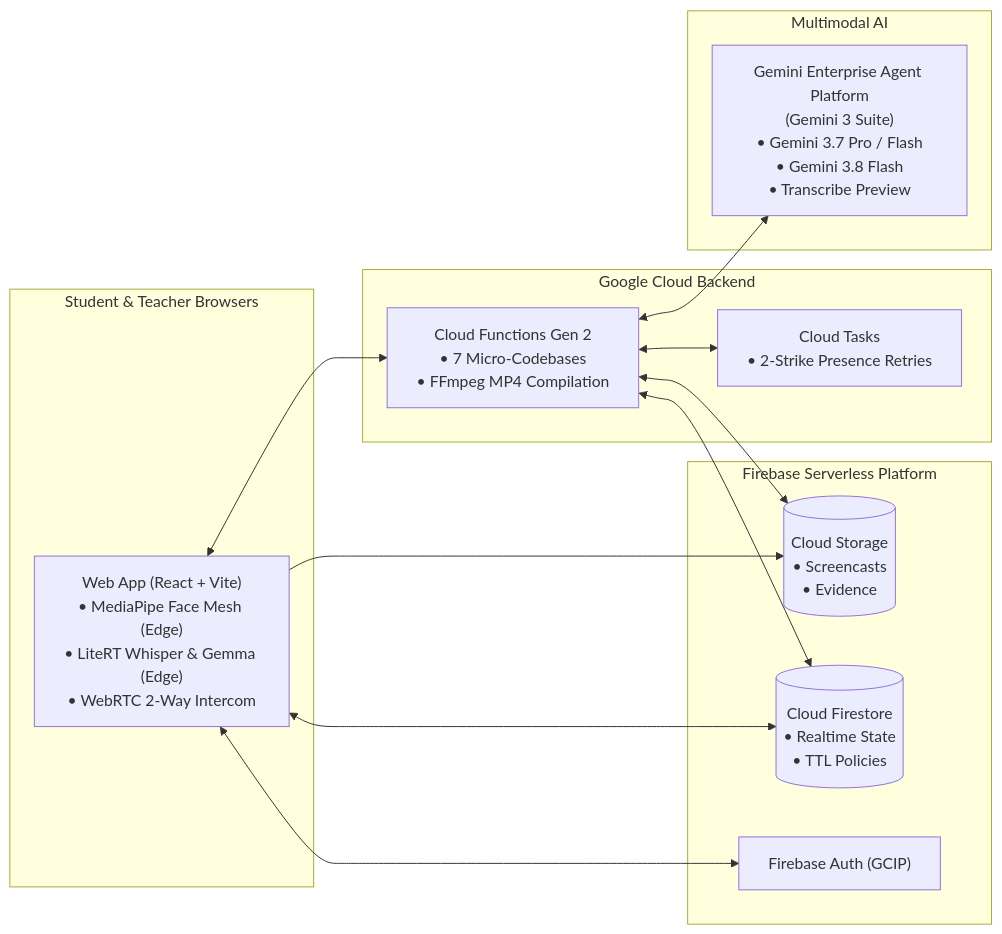
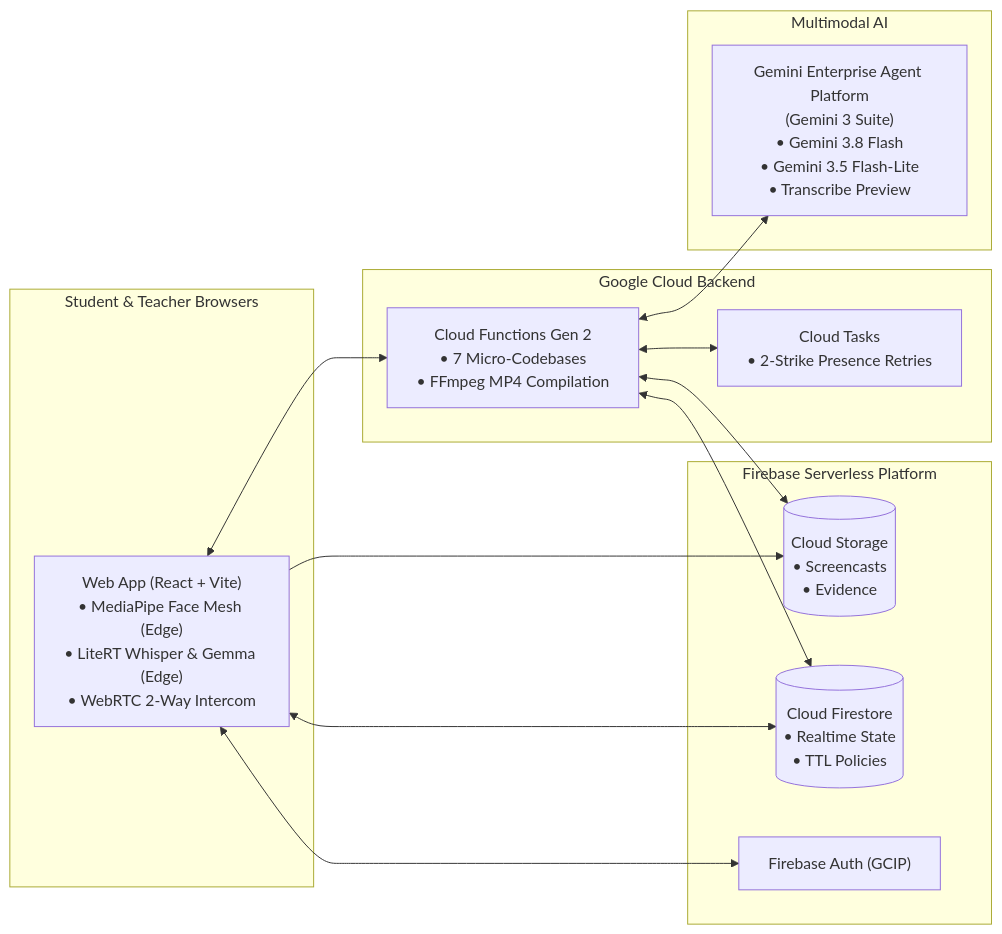
The diagram in README.md (wongcyrus/Google-AI-Classroom), drawn with Mermaid before and after one commit. The commit also changed 25 other files, not shown here.

````diff
--- a/README.md
+++ b/README.md
@@ -36,30 +36,30 @@
 ```mermaid
 graph LR
     subgraph "Student & Teacher Browsers"
         Client["Web App (React + Vite)<br/>• MediaPipe Face Mesh (Edge)<br/>• LiteRT Whisper & Gemma (Edge)<br/>• WebRTC 2-Way Intercom"]
     end
 
     subgraph "Firebase Serverless Platform"
         Auth["Firebase Auth (GCIP)"]
         DB[("Cloud Firestore<br/>• Realtime State<br/>• TTL Policies")]
         GCS[("Cloud Storage<br/>• Screencasts<br/>• Evidence")]
     end
 
     subgraph "Google Cloud Backend"
         CF["Cloud Functions Gen 2<br/>• 7 Micro-Codebases<br/>• FFmpeg MP4 Compilation"]
         Tasks["Cloud Tasks<br/>• 2-Strike Presence Retries"]
     end
 
     subgraph "Multimodal AI"
-        GeminiPlatform["Gemini Enterprise Agent Platform<br/>(Gemini 3 Suite)<br/>• Gemini 3.7 Pro / Flash<br/>• Gemini 3.8 Flash<br/>• Transcribe Preview"]
+        GeminiPlatform["Gemini Enterprise Agent Platform<br/>(Gemini 3 Suite)<br/>• Gemini 3.8 Flash<br/>• Gemini 3.5 Flash-Lite<br/>• Transcribe Preview"]
     end
 
     Client <--> Auth
     Client <--> DB
     Client --> GCS
     Client <--> CF
     CF <--> DB
     CF <--> GCS
     CF <--> Tasks
     CF <--> GeminiPlatform
 ```
````
